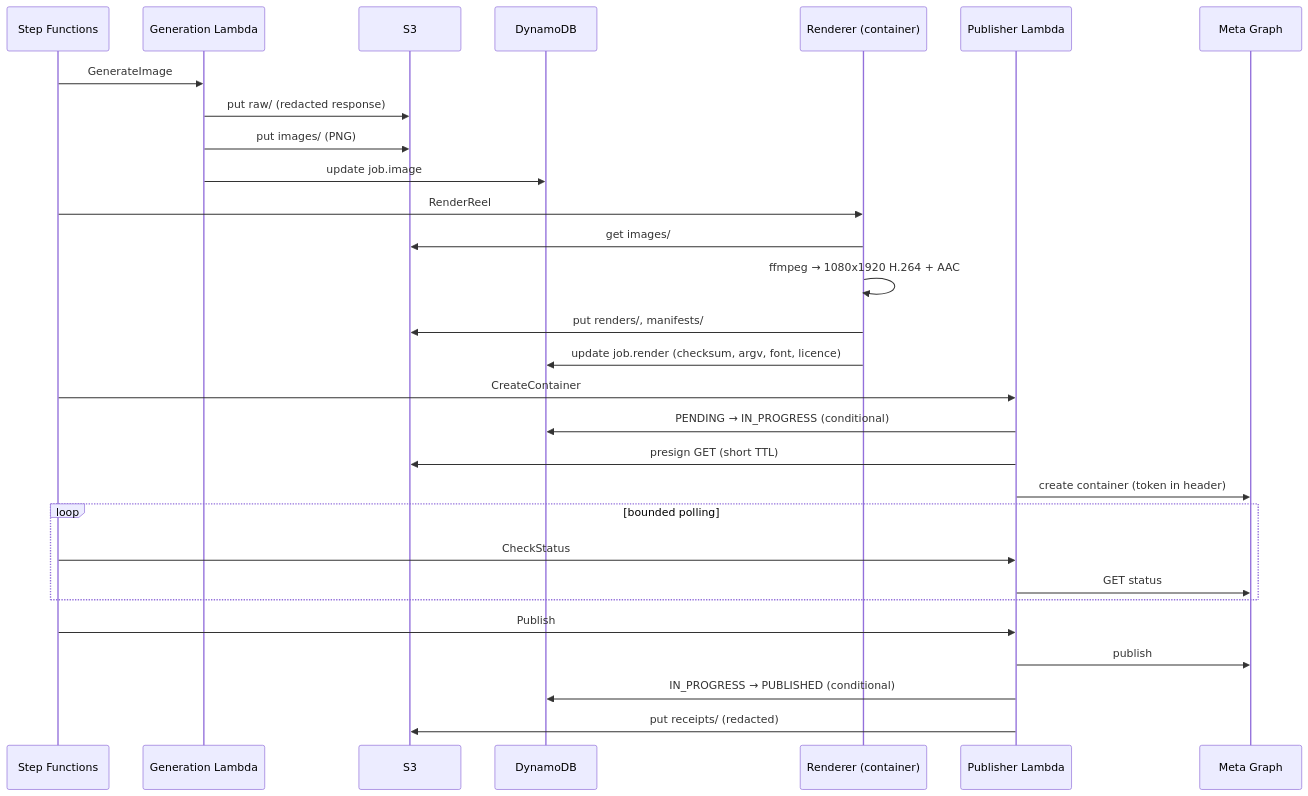
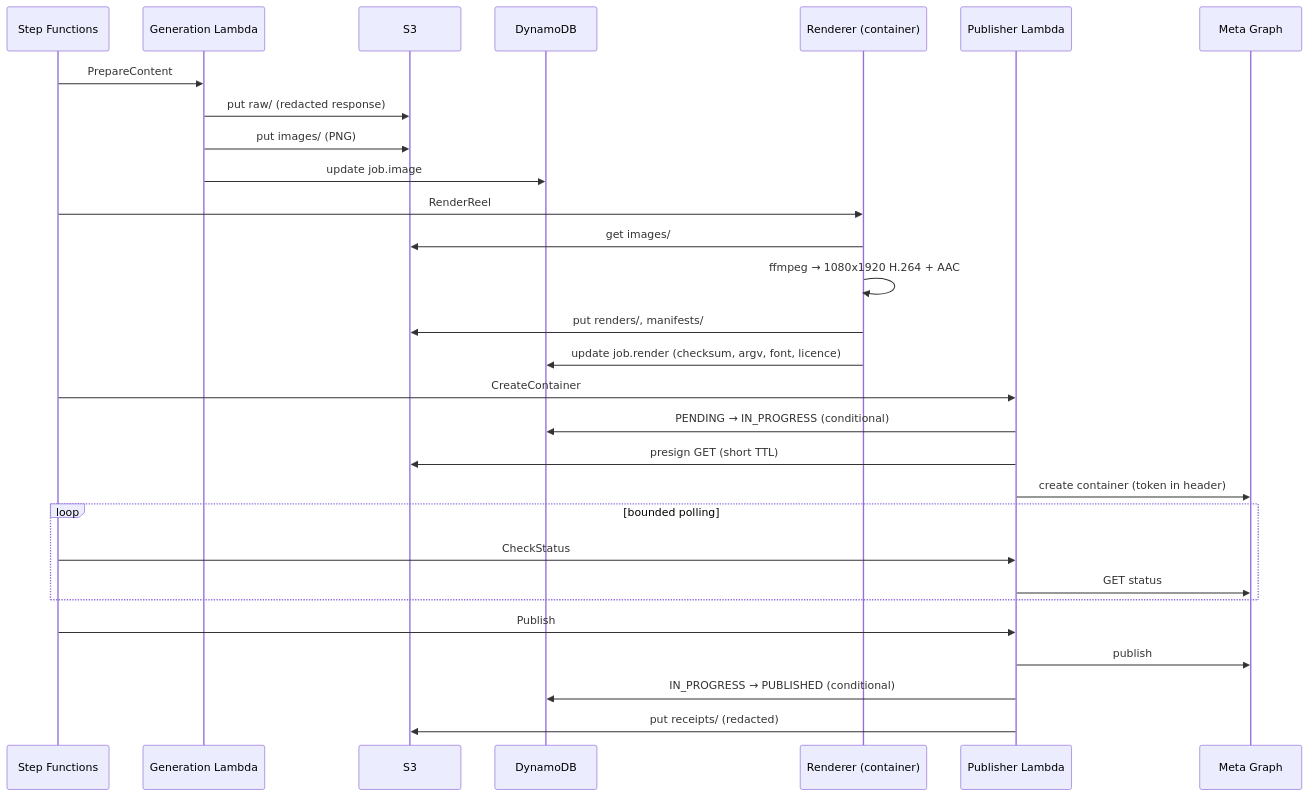
Before and after one commit to DulajDil/motivational-reel-pipeline: the third of 3 diagrams in docs/architecture.md, drawn with Mermaid. The commit also changed other lines of this file and 11 other files, not shown here.

````diff
--- a/docs/architecture.md
+++ b/docs/architecture.md
@@ -191,32 +180,32 @@
 ```mermaid
 sequenceDiagram
     participant SFN as Step Functions
     participant GEN as Generation Lambda
     participant S3
     participant DDB as DynamoDB
     participant REN as Renderer (container)
     participant PUB as Publisher Lambda
     participant META as Meta Graph
 
-    SFN->>GEN: GenerateImage
+    SFN->>GEN: PrepareContent
     GEN->>S3: put raw/ (redacted response)
     GEN->>S3: put images/ (PNG)
     GEN->>DDB: update job.image
     SFN->>REN: RenderReel
     REN->>S3: get images/
     REN->>REN: ffmpeg → 1080x1920 H.264 + AAC
     REN->>S3: put renders/, manifests/
     REN->>DDB: update job.render (checksum, argv, font, licence)
     SFN->>PUB: CreateContainer
     PUB->>DDB: PENDING → IN_PROGRESS (conditional)
     PUB->>S3: presign GET (short TTL)
     PUB->>META: create container (token in header)
     loop bounded polling
         SFN->>PUB: CheckStatus
         PUB->>META: GET status
     end
     SFN->>PUB: Publish
     PUB->>META: publish
     PUB->>DDB: IN_PROGRESS → PUBLISHED (conditional)
     PUB->>S3: put receipts/ (redacted)
 ```
````
